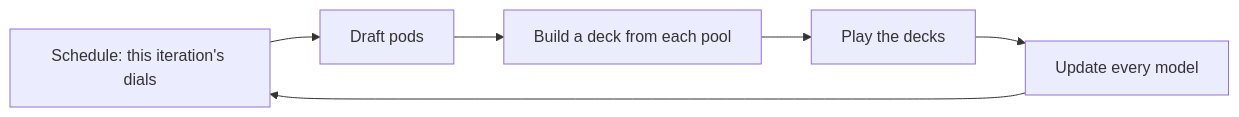
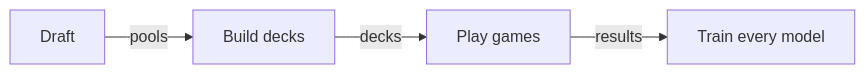
One commit to RyanSaxe/jace changed the diagram in README.md. Above: the diagram before and after it, drawn with Mermaid. The commit also changed other lines of this file, not shown here.

First line of the commit message:
Shorten the README and fix its flowchart

````diff
--- a/README.md
+++ b/README.md
@@ -49,8 +39,6 @@
 ```mermaid
 flowchart LR
-    schedule["Schedule: this iteration's dials"] --> draft["Draft pods"]
-    draft --> build["Build a deck from each pool"]
-    build --> play["Play the decks"]
-    play --> learn["Update every model"]
-    learn --> schedule
+    draft["Draft"] -->|pools| build["Build decks"]
+    build -->|decks| play["Play games"]
+    play -->|results| learn["Train every model"]
 ```
````
